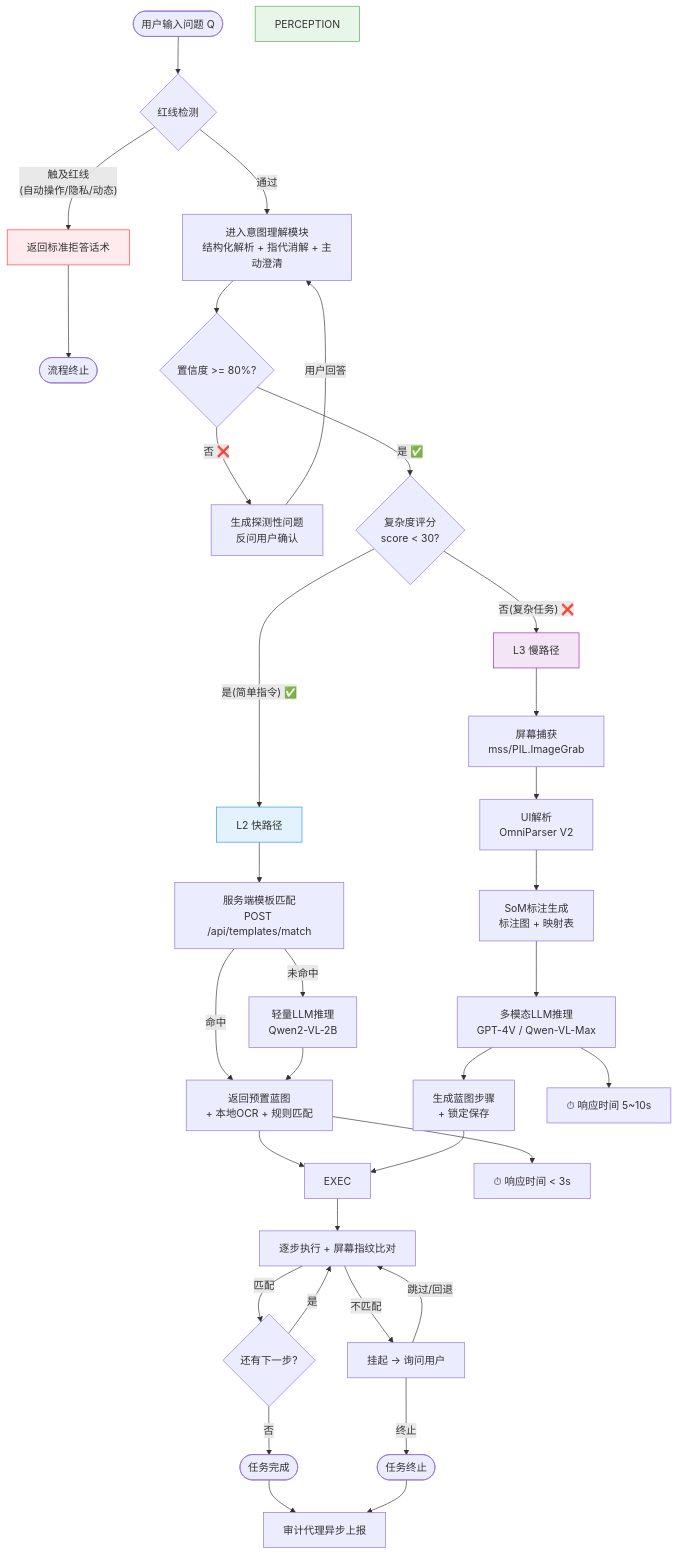
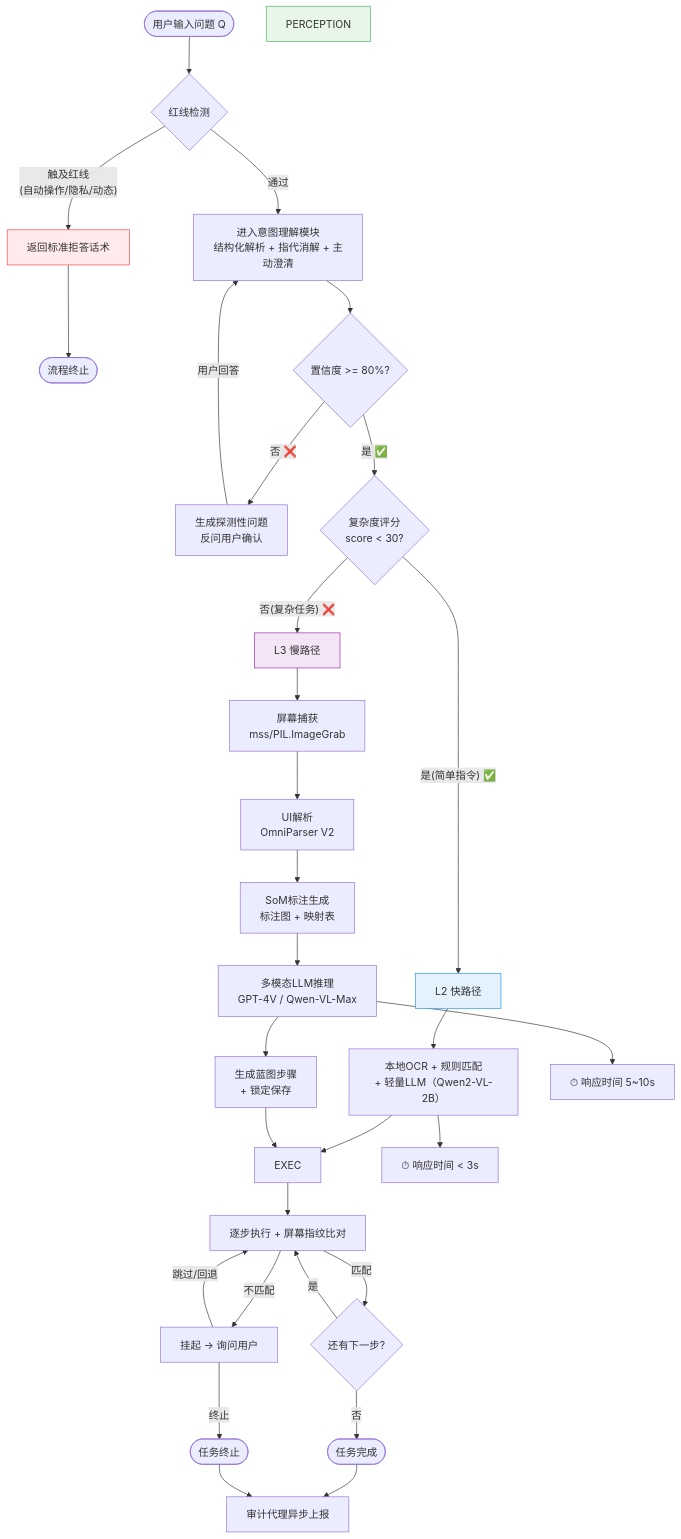
The ninth of 12 diagrams in 项目文档/UML_diagrams.md (eicon-xyz/Fuzzy-Visual-Assisted-Question-Answering-System), drawn with Mermaid before and after one commit. The commit also changed other lines of this file and 12 other files, not shown here.

````diff
--- a/项目文档/UML_diagrams.md
+++ b/项目文档/UML_diagrams.md
@@ -833,48 +792,45 @@
 ```mermaid
 flowchart TD
     START([用户输入问题 Q]) --> REDLINE{红线检测}
     
     REDLINE -->|"触及红线<br/>(自动操作/隐私/动态)"| REJECT["返回标准拒答话术"]
     REJECT --> END1([流程终止])
     
     REDLINE -->|通过| INTENT["进入意图理解模块<br/>结构化解析 + 指代消解 + 主动澄清"]
     
     INTENT --> CONF{"置信度 >= 80%?"}
     CONF -->|"否 ❌"| CLARIFY["生成探测性问题<br/>反问用户确认"]
     CLARIFY -->|用户回答| INTENT
     
     CONF -->|"是 ✅"| COMPLEX{"复杂度评分<br/>score < 30?"}
     
     COMPLEX -->|"是(简单指令) ✅"| L2["L2 快路径"]
-    L2 --> L2_MATCH["服务端模板匹配<br/>POST /api/templates/match"]
-    L2_MATCH -->|命中| L2_RESULT["返回预置蓝图<br/>+ 本地OCR + 规则匹配"]
-    L2_MATCH -->|未命中| L2_LIGHT["轻量LLM推理<br/>Qwen2-VL-2B"]
-    L2_LIGHT --> L2_RESULT
+    L2 --> L2_RESULT["本地OCR + 规则匹配<br/>+ 轻量LLM（Qwen2-VL-2B）"]
     L2_RESULT --> EXEC
     L2_RESULT --> L2_TIME["⏱ 响应时间 < 3s"]
     
     COMPLEX -->|"否(复杂任务) ❌"| L3["L3 慢路径"]
     L3 --> L3_CAP["屏幕捕获<br/>mss/PIL.ImageGrab"]
     L3_CAP --> L3_PARSE["UI解析<br/>OmniParser V2"]
     L3_PARSE --> L3_SOM["SoM标注生成<br/>标注图 + 映射表"]
     L3_SOM --> L3_LLM["多模态LLM推理<br/>GPT-4V / Qwen-VL-Max"]
     L3_LLM --> L3_BLUEPRINT["生成蓝图步骤<br/>+ 锁定保存"]
     L3_BLUEPRINT --> EXEC
     L3_LLM --> L3_TIME["⏱ 响应时间 5~10s"]
     
     EXEC --> MONITOR["逐步执行 + 屏幕指纹比对"]
     MONITOR -->|"匹配"| NEXT{"还有下一步?"}
     NEXT -->|"是"| MONITOR
     NEXT -->|"否"| DONE([任务完成])
     MONITOR -->|"不匹配"| SUSPEND["挂起 → 询问用户"]
     SUSPEND -->|"跳过/回退"| MONITOR
     SUSPEND -->|"终止"| END2([任务终止])
     
     DONE --> AUDIT["审计代理异步上报"]
     END2 --> AUDIT
     
     style PERCEPTION fill:#e8f5e9,stroke:#4caf50
     style L2 fill:#e3f2fd,stroke:#2196f3
     style L3 fill:#f3e5f5,stroke:#9c27b0
     style REJECT fill:#ffebee,stroke:#f44336
 ```
````
